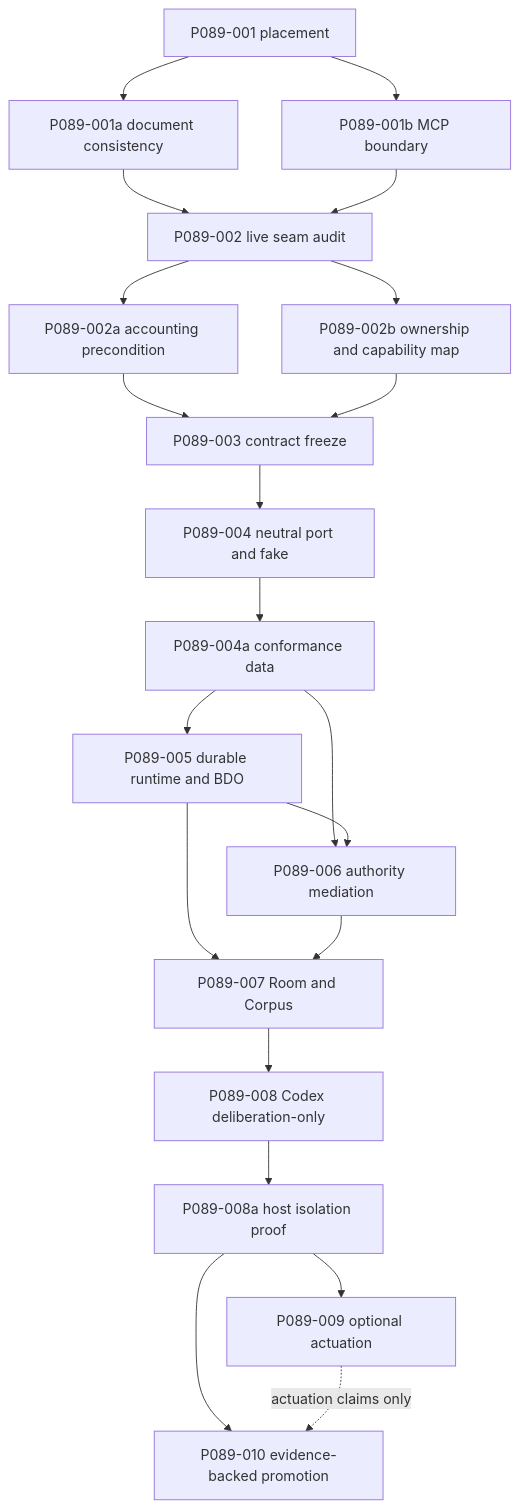
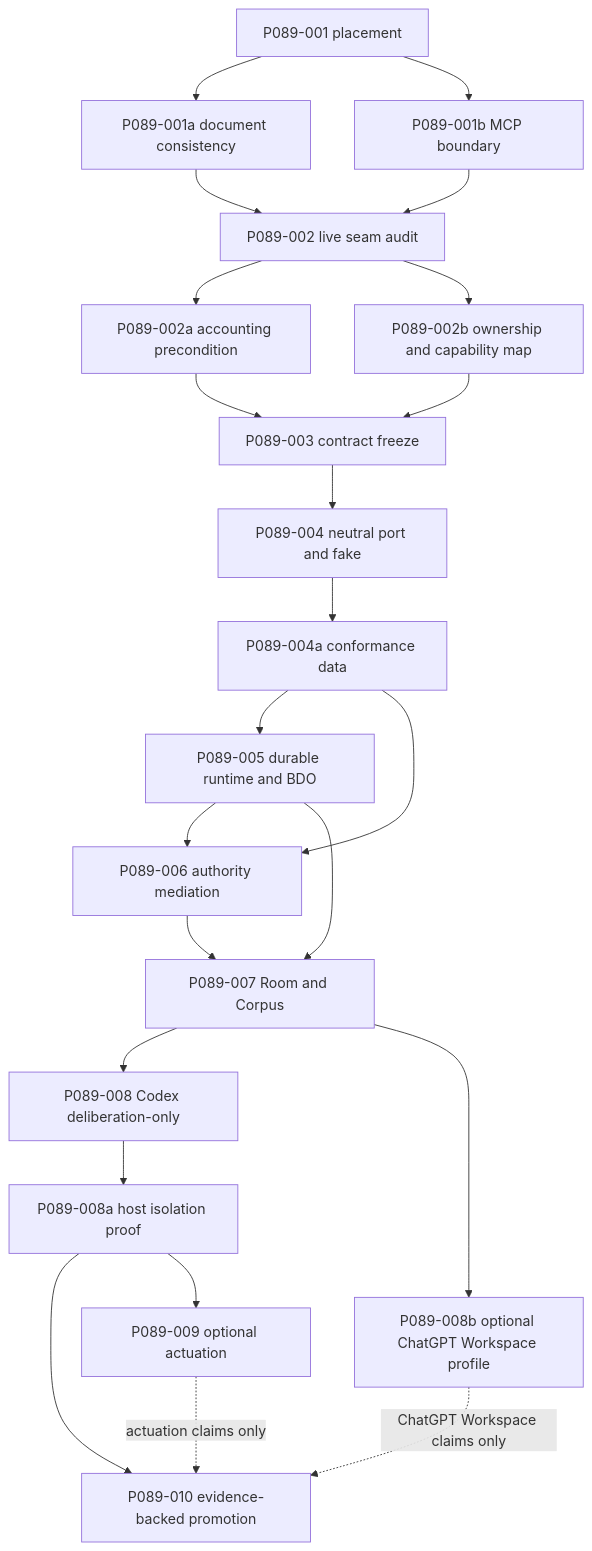
The second of 2 diagrams in doc/project/40-proposals/089-external-agent-runtime-adapter-contract.md (diapod/orbidocs), drawn with Mermaid before and after one commit. The commit also changed other lines of this file, not shown here.

Commit message:
Added ChatGPT workspace agent as future adapter to P089

````diff
--- a/doc/project/40-proposals/089-external-agent-runtime-adapter-contract.md
+++ b/doc/project/40-proposals/089-external-agent-runtime-adapter-contract.md
@@ -570,23 +599,25 @@
 ```mermaid
 graph TD
     P001[P089-001 placement] --> P001A[P089-001a document consistency]
     P001 --> P001B[P089-001b MCP boundary]
     P001A --> P002[P089-002 live seam audit]
     P001B --> P002
     P002 --> P002A[P089-002a accounting precondition]
     P002 --> P002B[P089-002b ownership and capability map]
     P002A --> P003[P089-003 contract freeze]
     P002B --> P003
     P003 --> P004[P089-004 neutral port and fake]
     P004 --> P004A[P089-004a conformance data]
     P004A --> P005[P089-005 durable runtime and BDO]
     P004A --> P006[P089-006 authority mediation]
     P005 --> P006
     P005 --> P007[P089-007 Room and Corpus]
     P006 --> P007
     P007 --> P008[P089-008 Codex deliberation-only]
+    P007 --> P008B[P089-008b optional ChatGPT Workspace profile]
     P008 --> P008A[P089-008a host isolation proof]
     P008A --> P010[P089-010 evidence-backed promotion]
+    P008B -. ChatGPT Workspace claims only .-> P010
     P008A --> P009[P089-009 optional actuation]
     P009 -. actuation claims only .-> P010
 ```
````
